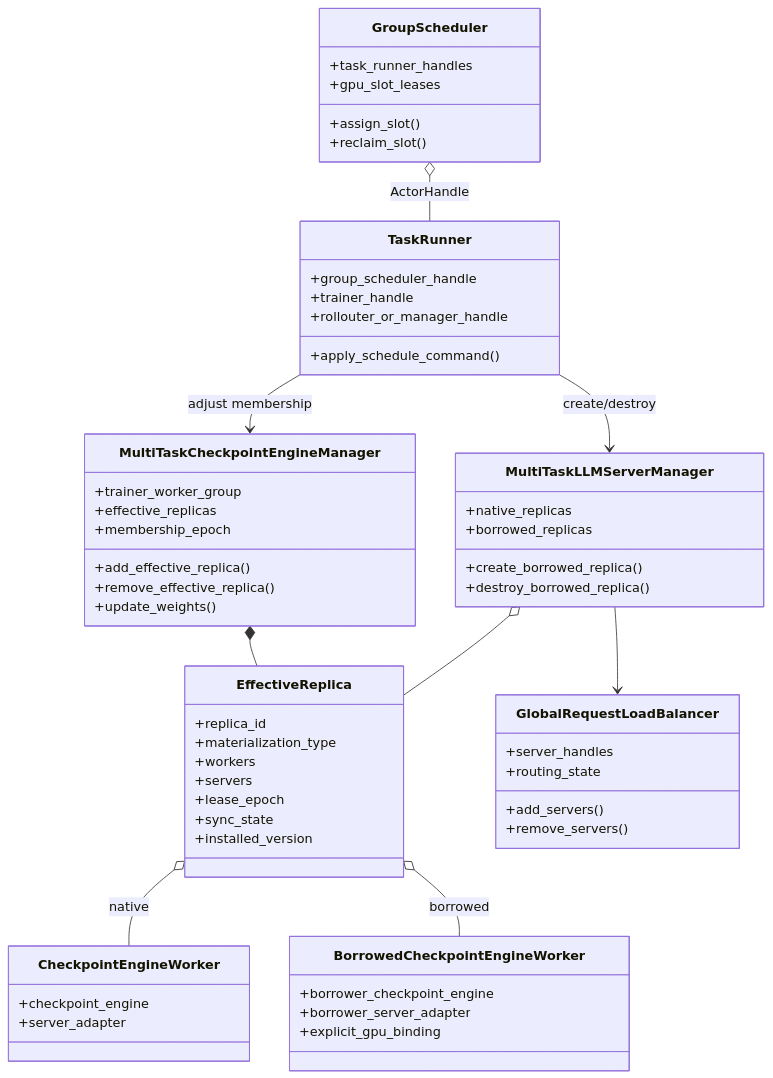
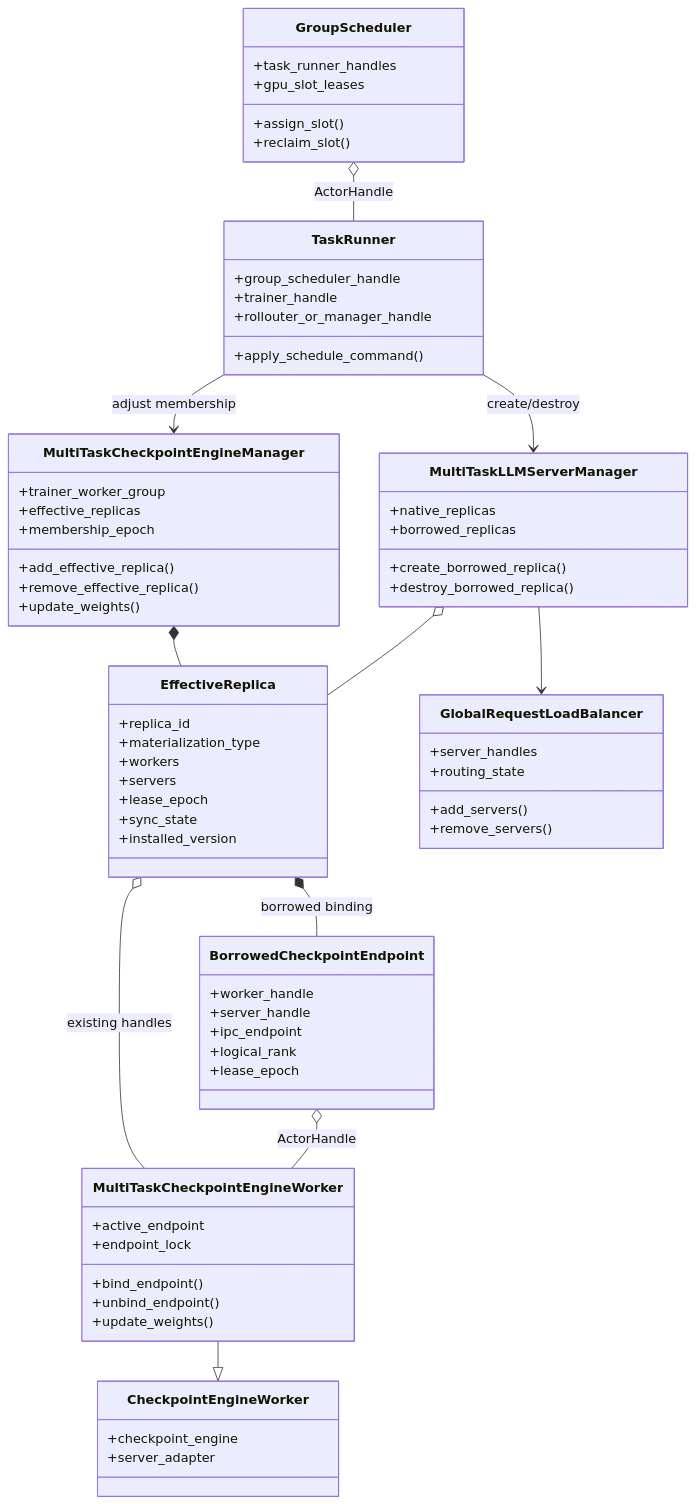
Before and after one commit to niuypei/multi_task_verl: the first of 5 diagrams in multi_task_scheduler/07-async-parameter-sync-checkpoint-engine.md, drawn with Mermaid. The commit also changed other lines of this file and 4 other files, not shown here.

Commit message:
docs: refine standalone multi-task resource sharing RFC

````diff
--- a/multi_task_scheduler/07-async-parameter-sync-checkpoint-engine.md
+++ b/multi_task_scheduler/07-async-parameter-sync-checkpoint-engine.md
@@ -147,62 +147,73 @@
 ```mermaid
 classDiagram
     class GroupScheduler {
       +task_runner_handles
       +gpu_slot_leases
       +assign_slot()
       +reclaim_slot()
     }
     class TaskRunner {
       +group_scheduler_handle
       +trainer_handle
       +rollouter_or_manager_handle
       +apply_schedule_command()
     }
     class MultiTaskCheckpointEngineManager {
       +trainer_worker_group
       +effective_replicas
       +membership_epoch
       +add_effective_replica()
       +remove_effective_replica()
       +update_weights()
     }
     class EffectiveReplica {
       +replica_id
       +materialization_type
       +workers
       +servers
       +lease_epoch
       +sync_state
       +installed_version
     }
     class MultiTaskLLMServerManager {
       +native_replicas
       +borrowed_replicas
       +create_borrowed_replica()
       +destroy_borrowed_replica()
     }
     class GlobalRequestLoadBalancer {
       +server_handles
       +routing_state
       +add_servers()
       +remove_servers()
     }
     class CheckpointEngineWorker {
       +checkpoint_engine
       +server_adapter
     }
-    class BorrowedCheckpointEngineWorker {
-      +borrower_checkpoint_engine
-      +borrower_server_adapter
-      +explicit_gpu_binding
+    class MultiTaskCheckpointEngineWorker {
+      +active_endpoint
+      +endpoint_lock
+      +bind_endpoint()
+      +unbind_endpoint()
+      +update_weights()
+    }
+    class BorrowedCheckpointEndpoint {
+      +worker_handle
+      +server_handle
+      +ipc_endpoint
+      +logical_rank
+      +lease_epoch
     }
 
     GroupScheduler o-- TaskRunner : ActorHandle
     TaskRunner --> MultiTaskLLMServerManager : create/destroy
     TaskRunner --> MultiTaskCheckpointEngineManager : adjust membership
     MultiTaskCheckpointEngineManager *-- EffectiveReplica
     MultiTaskLLMServerManager o-- EffectiveReplica
     MultiTaskLLMServerManager --> GlobalRequestLoadBalancer
-    EffectiveReplica o-- CheckpointEngineWorker : native
-    EffectiveReplica o-- BorrowedCheckpointEngineWorker : borrowed
+    MultiTaskCheckpointEngineWorker --|> CheckpointEngineWorker
+    EffectiveReplica o-- MultiTaskCheckpointEngineWorker : existing handles
+    EffectiveReplica *-- BorrowedCheckpointEndpoint : borrowed binding
+    BorrowedCheckpointEndpoint o-- MultiTaskCheckpointEngineWorker : ActorHandle
 ```
````
